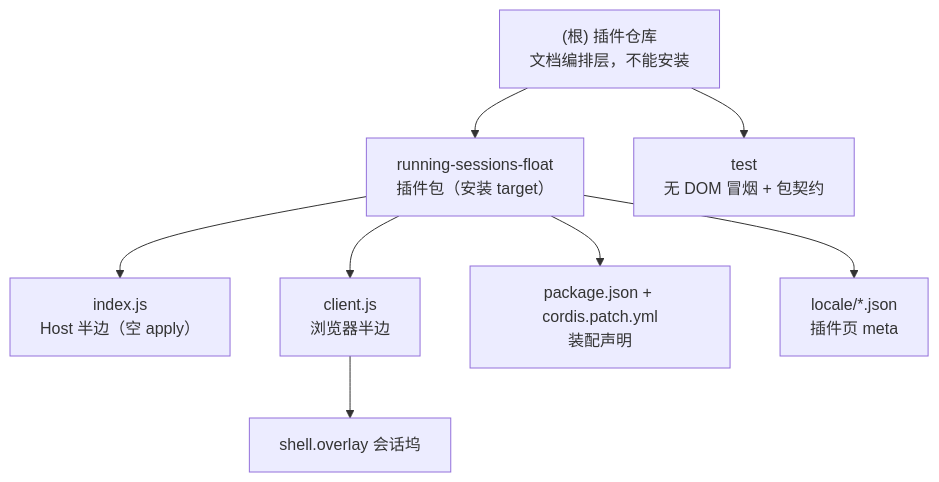
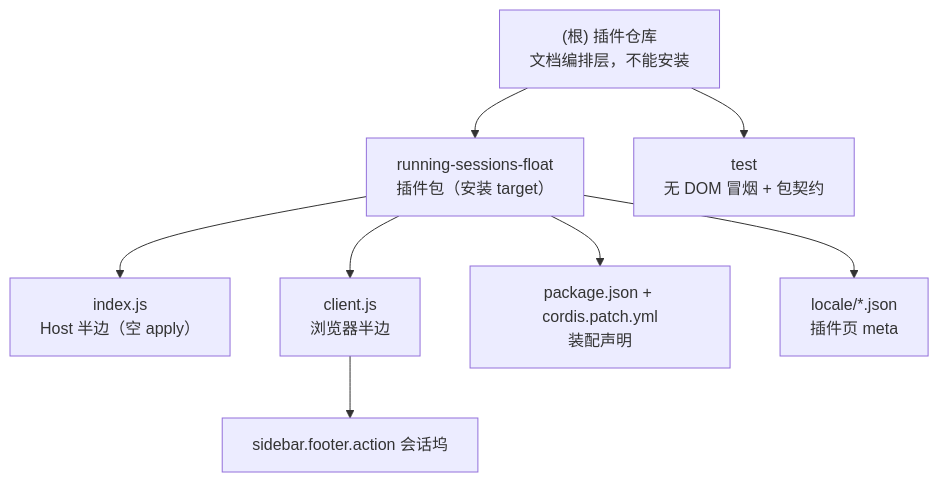
One commit to dongasai/running-sessions-float changed the diagram in AGENTS.md. Above: the diagram before and after it, drawn with Mermaid. The commit also changed other lines of this file and 10 other files, not shown here.

First line of the commit message:
修复(坞位置): 坞迁到 sidebar.footer.action 顶部，不再遮挡会话列表

````diff
--- a/AGENTS.md
+++ b/AGENTS.md
@@ -59,12 +60,12 @@
 ```mermaid
 graph TD
     A["(根) 插件仓库<br/>文档编排层，不能安装"] --> B["running-sessions-float<br/>插件包（安装 target）"]
     A --> C["test<br/>无 DOM 冒烟 + 包契约"]
     B --> D["index.js<br/>Host 半边（空 apply）"]
     B --> E["client.js<br/>浏览器半边"]
     B --> F["package.json + cordis.patch.yml<br/>装配声明"]
     B --> G["locale/*.json<br/>插件页 meta"]
-    E --> H["shell.overlay 会话坞"]
+    E --> H["sidebar.footer.action 会话坞"]
 
     click B "./running-sessions-float/AGENTS.md" "查看插件包模块文档"
 ```
````
